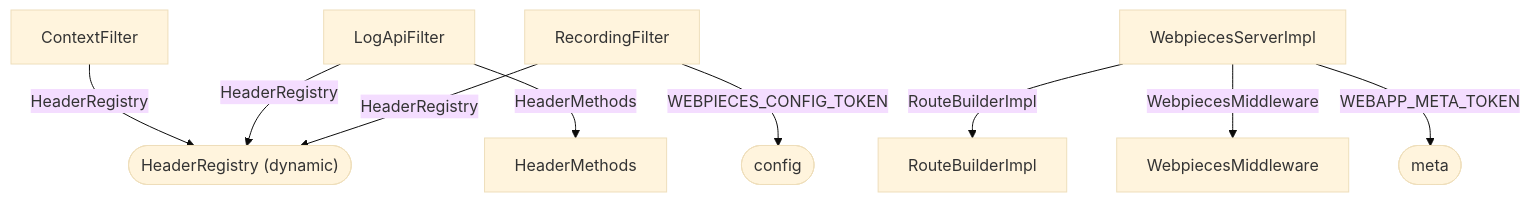
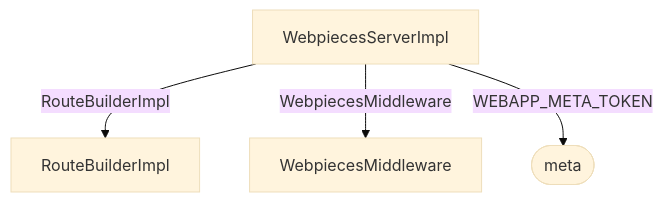
Before and after one commit to deanhiller/webpieces-ts: the fourth of 4 diagrams in packages/http/http-server/design.md, drawn with Mermaid (base theme). The commit also changed other lines of this file and 43 other files, not shown here.

````diff
--- a/packages/http/http-server/design.md
+++ b/packages/http/http-server/design.md
@@ -6,23 +50,12 @@
 ```mermaid
 graph TD
-    ContextFilter["ContextFilter"]
-    HeaderMethods["HeaderMethods"]
-    HeaderRegistry__dynamic_(["HeaderRegistry (dynamic)"])
-    LogApiFilter["LogApiFilter"]
-    RecordingFilter["RecordingFilter"]
     RouteBuilderImpl["RouteBuilderImpl"]
     WebpiecesMiddleware["WebpiecesMiddleware"]
     WebpiecesServerImpl["WebpiecesServerImpl"]
-    config(["config"])
     meta(["meta"])
-    ContextFilter -->|HeaderRegistry| HeaderRegistry__dynamic_
-    LogApiFilter -->|HeaderMethods| HeaderMethods
-    LogApiFilter -->|HeaderRegistry| HeaderRegistry__dynamic_
-    RecordingFilter -->|HeaderRegistry| HeaderRegistry__dynamic_
-    RecordingFilter -->|WEBPIECES_CONFIG_TOKEN| config
     WebpiecesServerImpl -->|RouteBuilderImpl| RouteBuilderImpl
     WebpiecesServerImpl -->|WebpiecesMiddleware| WebpiecesMiddleware
     WebpiecesServerImpl -->|WEBAPP_META_TOKEN| meta
     classDef controller fill:#1f6feb,color:#ffffff,stroke:#0d419d
     classDef unresolved fill:#f0ad4e,color:#000000,stroke:#b8860b,stroke-dasharray: 5 5
 ```
````
